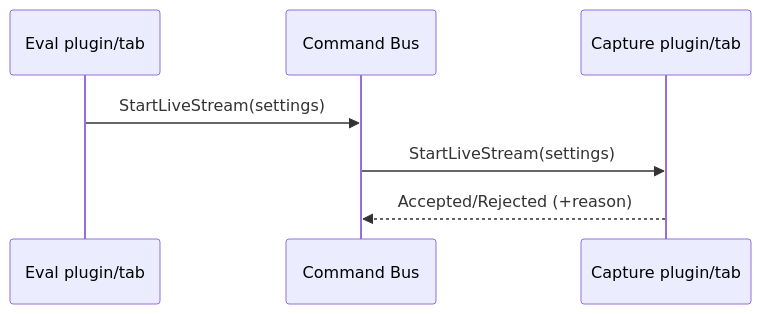
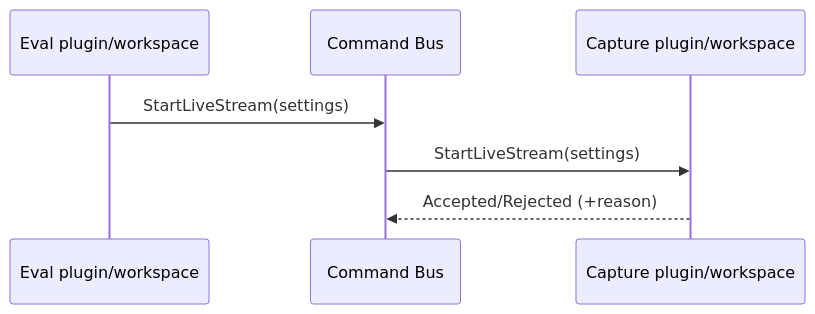
One commit to ncjaz/datalens changed the diagram in src/sphinx/plugins/commands.md. Above: the diagram before and after it, drawn with Mermaid. The commit also changed 110 other files, not shown here.

````diff
--- a/src/sphinx/plugins/commands.md
+++ b/src/sphinx/plugins/commands.md
@@ -22,10 +22,10 @@
 ```mermaid
 sequenceDiagram
-    participant Eval as Eval plugin/tab
+    participant Eval as Eval plugin/workspace
     participant Bus as Command Bus
-    participant Capture as Capture plugin/tab
+    participant Capture as Capture plugin/workspace
 
     Eval->>Bus: StartLiveStream(settings)
     Bus->>Capture: StartLiveStream(settings)
     Capture-->>Bus: Accepted/Rejected (+reason)
 ```
````
